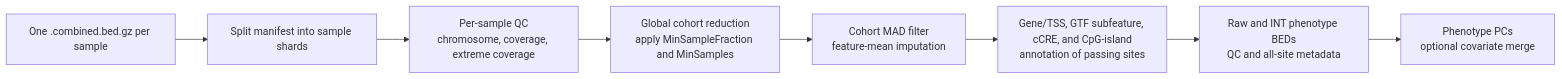
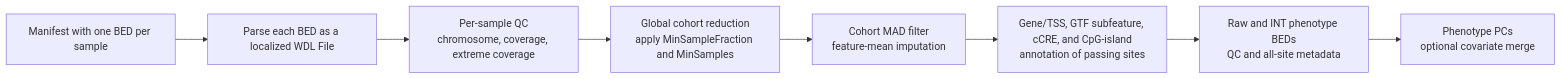
The diagram in docs/methylation-qtl.md (AoU-Multiomics-Analysis/prepare_QTL), drawn with Mermaid before and after one commit. The commit also changed other lines of this file and 2 other files, not shown here.

Commit message:
Localize methylation manifest BED files

````diff
--- a/docs/methylation-qtl.md
+++ b/docs/methylation-qtl.md
@@ -37,10 +37,10 @@
 ```mermaid
 flowchart LR
-    A["One .combined.bed.gz per sample"] --> B["Split manifest into sample shards"]
+    A["Manifest with one BED per sample"] --> B["Parse each BED as a localized WDL File"]
     B --> C["Per-sample QC\nchromosome, coverage, extreme coverage"]
     C --> D["Global cohort reduction\napply MinSampleFraction and MinSamples"]
     D --> E["Cohort MAD filter\nfeature-mean imputation"]
     E --> F["Gene/TSS, GTF subfeature, cCRE, and CpG-island\nannotation of passing sites"]
     F --> G["Raw and INT phenotype BEDs\nQC and all-site metadata"]
     G --> H["Phenotype PCs\noptional covariate merge"]
 ```
````
